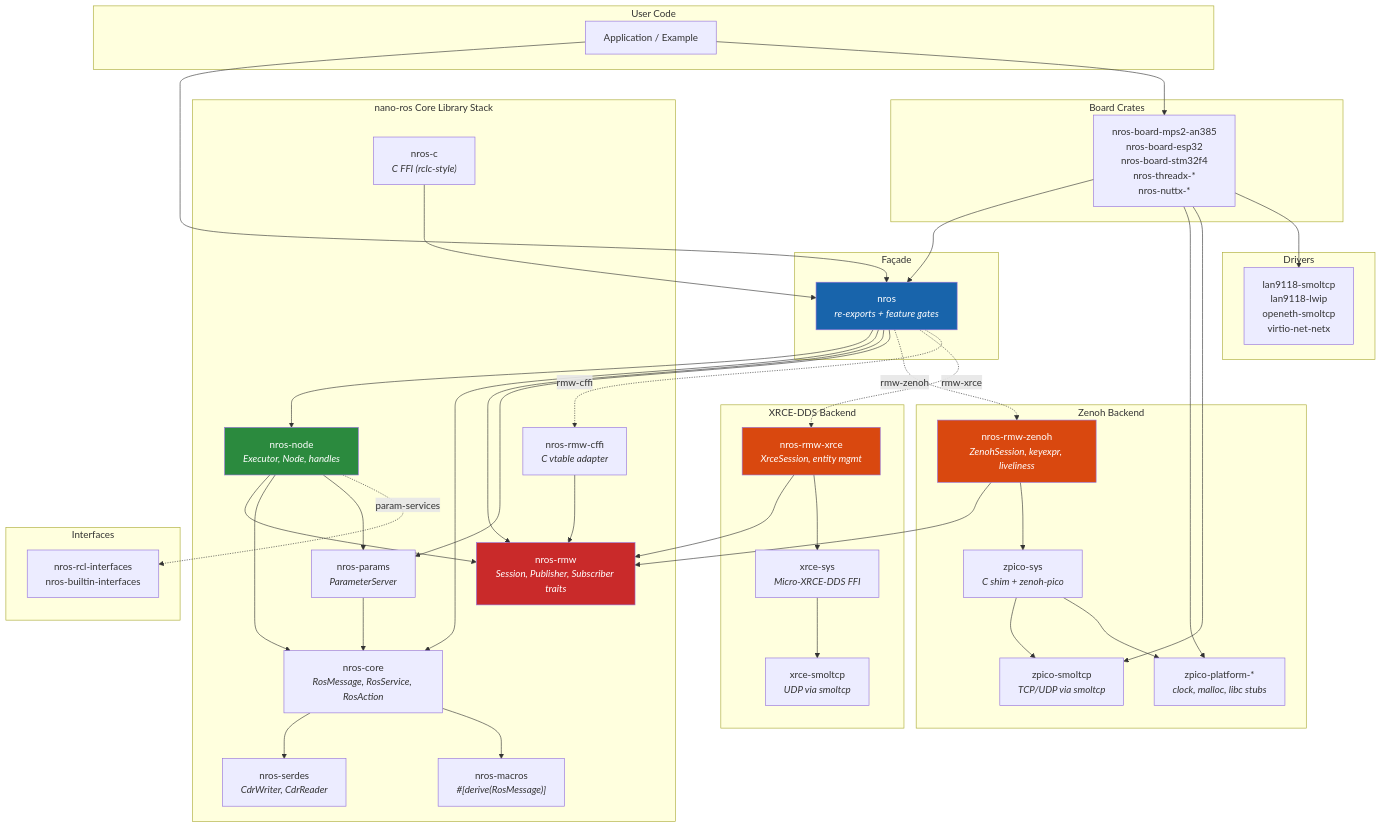
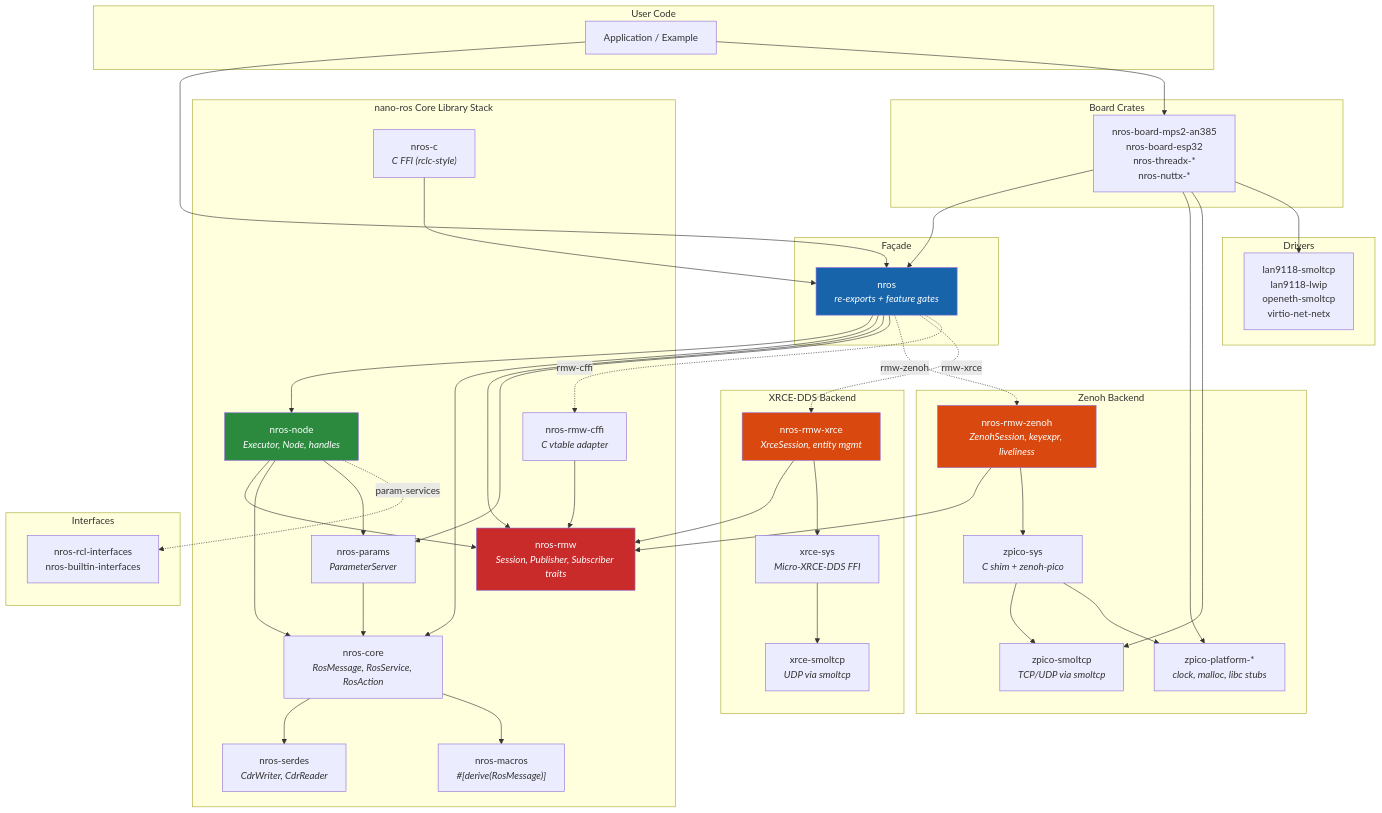
One commit to NEWSLabNTU/nano-ros changed the second of 14 diagrams in docs/design/0001-architecture-overview.md. Above: the diagram before and after it, drawn with Mermaid. The commit also changed other lines of this file and 136 other files, not shown here.

```diff
--- a/docs/design/0001-architecture-overview.md
+++ b/docs/design/0001-architecture-overview.md
@@ -107,7 +107,7 @@
     end
 
     subgraph "Board Crates"
-        BOARD["nros-board-mps2-an385<br/>nros-board-esp32<br/>nros-board-stm32f4<br/>nros-threadx-*<br/>nros-nuttx-*"]
+        BOARD["nros-board-mps2-an385<br/>nros-board-esp32<br/>nros-threadx-*<br/>nros-nuttx-*"]
     end
 
     subgraph "Drivers"
```
